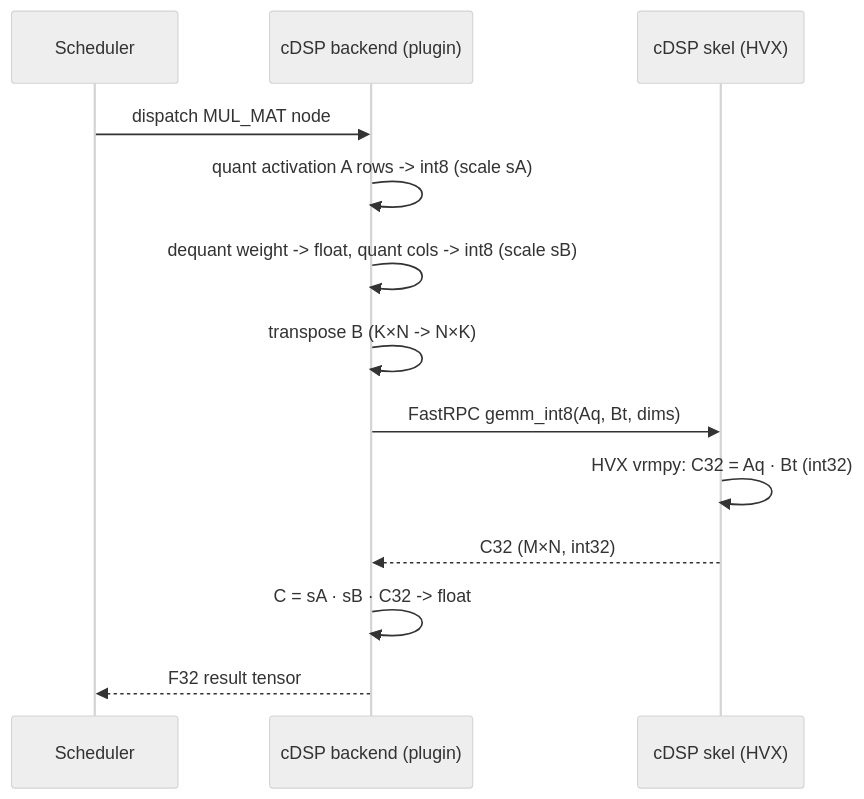
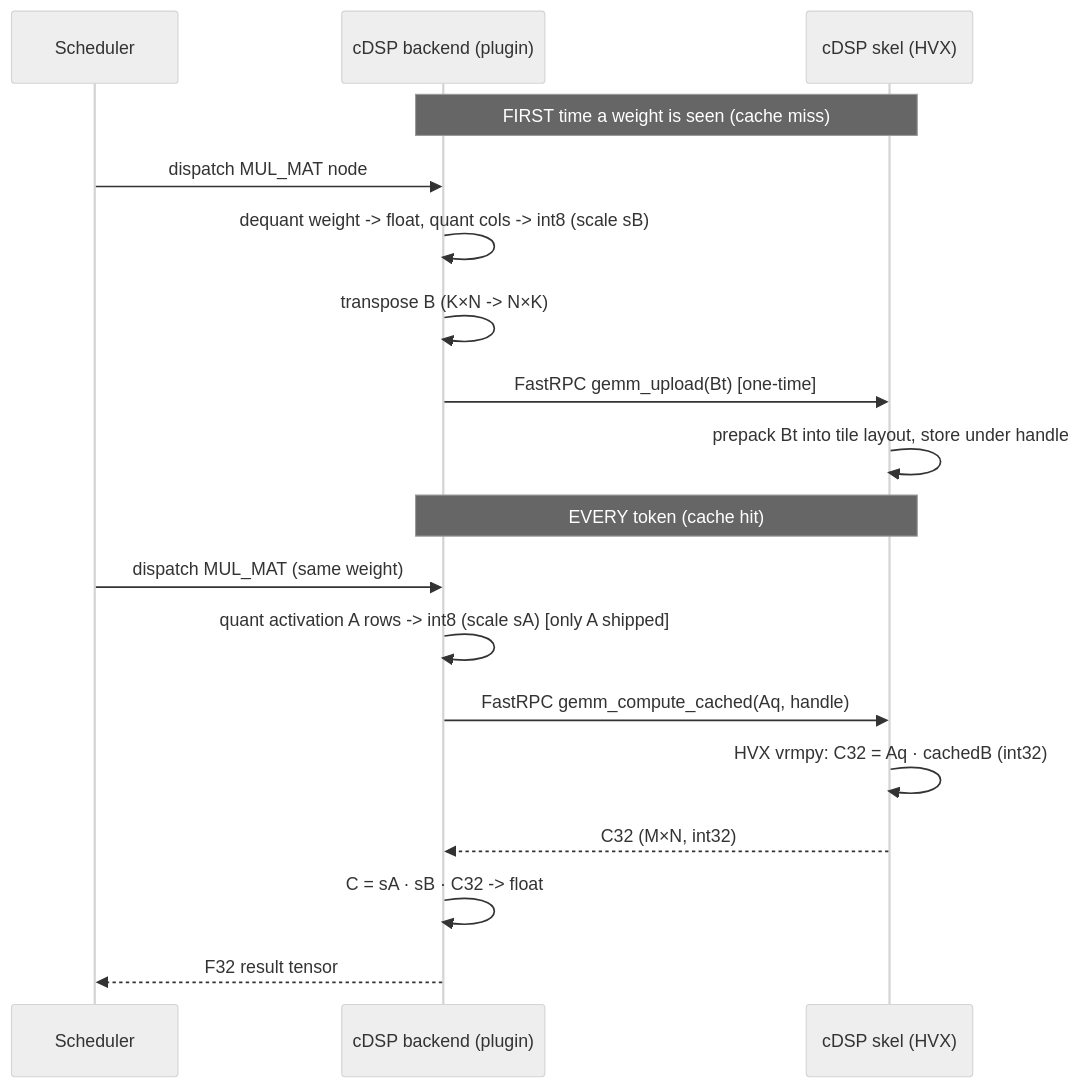
Before and after one commit to doeasier/raphael-cdsp-llm: the second of 3 diagrams in README.md, drawn with Mermaid (neutral theme). The commit also changed other lines of this file and 20 other files, not shown here.

Commit message:
Stage 5: weight-cache RPC — upload weights once, reuse handle (decode 762ms->37ms/token)

````diff
--- a/README.md
+++ b/README.md
@@ -66,15 +78,20 @@
 ```mermaid
 sequenceDiagram
     participant S as Scheduler
     participant B as cDSP backend (plugin)
     participant D as cDSP skel (HVX)
+    Note over B,D: FIRST time a weight is seen (cache miss)
     S->>B: dispatch MUL_MAT node
-    B->>B: quant activation A rows -> int8 (scale sA)
     B->>B: dequant weight -> float, quant cols -> int8 (scale sB)
     B->>B: transpose B (K×N -> N×K)
-    B->>D: FastRPC gemm_int8(Aq, Bt, dims)
-    D->>D: HVX vrmpy: C32 = Aq · Bt (int32)
+    B->>D: FastRPC gemm_upload(Bt)  [one-time]
+    D->>D: prepack Bt into tile layout, store under handle
+    Note over B,D: EVERY token (cache hit)
+    S->>B: dispatch MUL_MAT (same weight)
+    B->>B: quant activation A rows -> int8 (scale sA)  [only A shipped]
+    B->>D: FastRPC gemm_compute_cached(Aq, handle)
+    D->>D: HVX vrmpy: C32 = Aq · cachedB (int32)
     D-->>B: C32 (M×N, int32)
     B->>B: C = sA · sB · C32 -> float
     B-->>S: F32 result tensor
 ```
````
